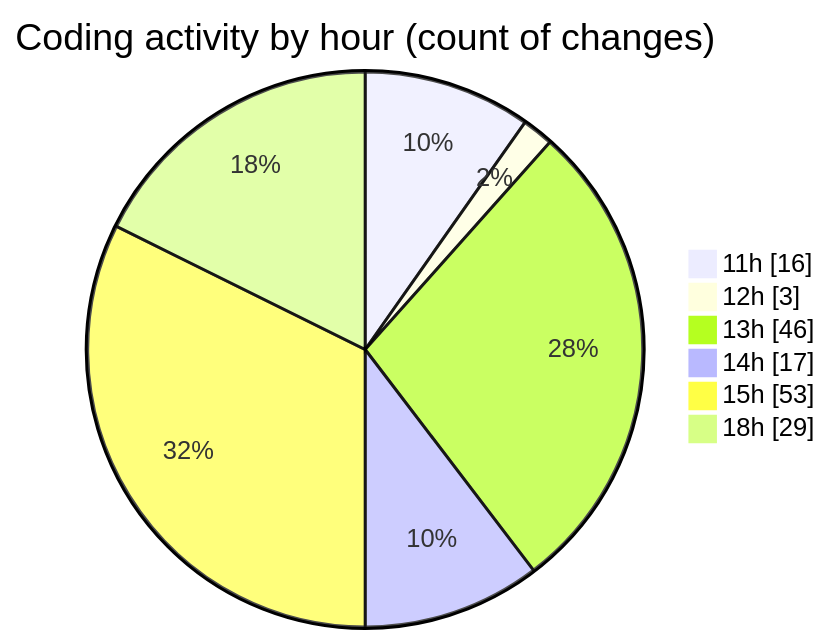
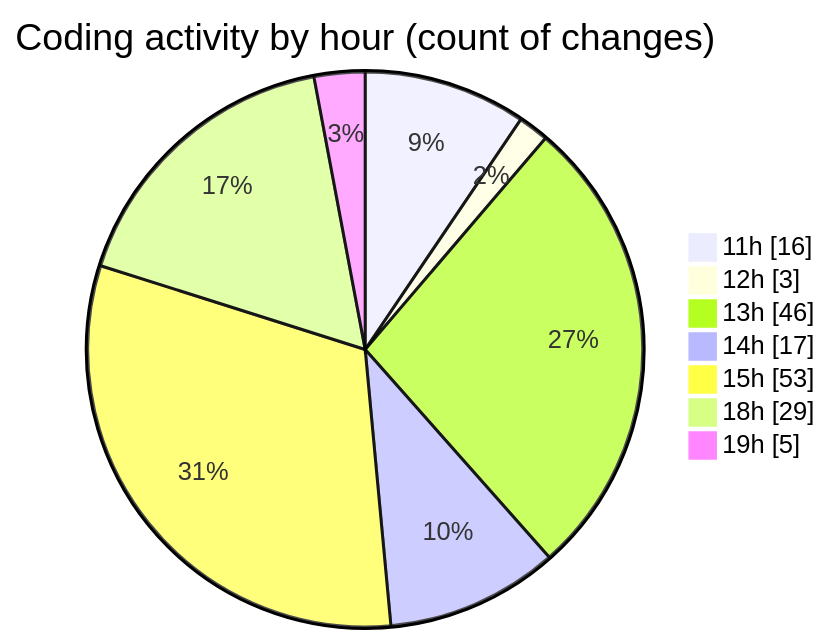
Before and after one commit to nxtqubesakshisongat/code-tracking: the second of 2 diagrams in 2025-07-08/argos/README.md, drawn with Mermaid. The commit also changed other lines of this file and 1 other file, not shown here.

````diff
--- a/2025-07-08/argos/README.md
+++ b/2025-07-08/argos/README.md
@@ -34,10 +34,11 @@
 ```mermaid
 pie showData
 title Coding activity by hour (count of changes)
 "11h" : 16
 "12h" : 3
 "13h" : 46
 "14h" : 17
 "15h" : 53
 "18h" : 29
+"19h" : 5
 ```
````
